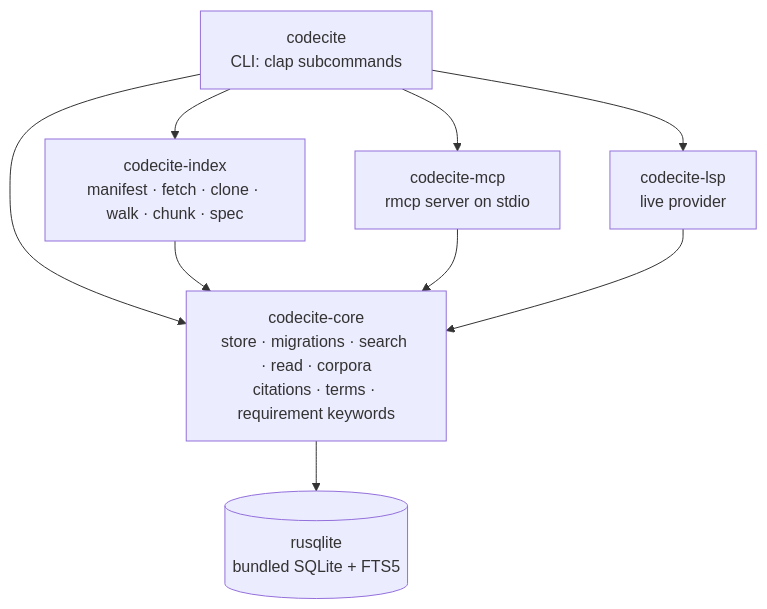
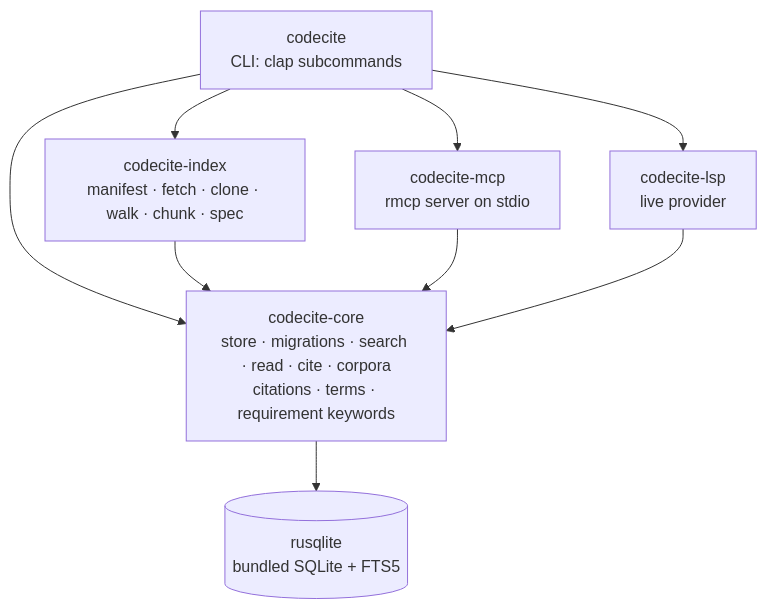
Before and after one commit to jamescrowley321/codecite: the second of 5 diagrams in docs/design.md, drawn with Mermaid. The commit also changed other lines of this file and 11 other files, not shown here.

First line of the commit message:
feat(core): resolve spec citations with codecite cite (#141)

````diff
--- a/docs/design.md
+++ b/docs/design.md
@@ -76,11 +76,11 @@
 ```mermaid
 flowchart TD
   bin["codecite<br/>CLI: clap subcommands"] --> index["codecite-index<br/>manifest · fetch · clone · walk · chunk · spec"]
   bin --> mcp["codecite-mcp<br/>rmcp server on stdio"]
   bin --> lsp["codecite-lsp<br/>live provider"]
   bin --> core
-  index --> core["codecite-core<br/>store · migrations · search · read · corpora<br/>citations · terms · requirement keywords"]
+  index --> core["codecite-core<br/>store · migrations · search · read · cite · corpora<br/>citations · terms · requirement keywords"]
   mcp --> core
   lsp --> core
   core --> sqlite[("rusqlite<br/>bundled SQLite + FTS5")]
 ```
````
